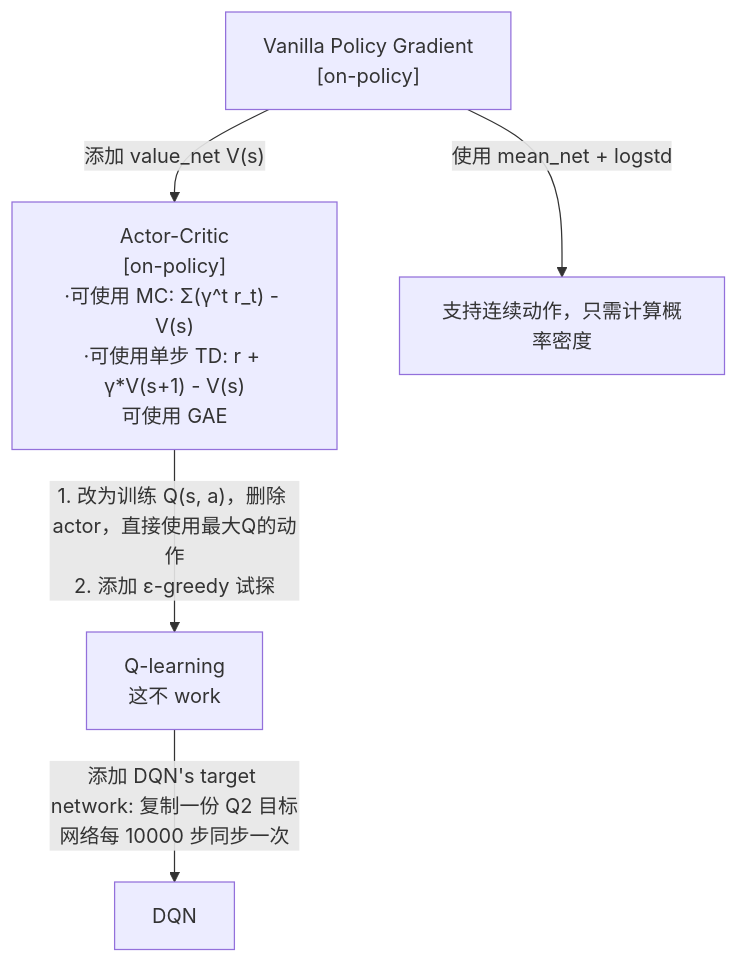
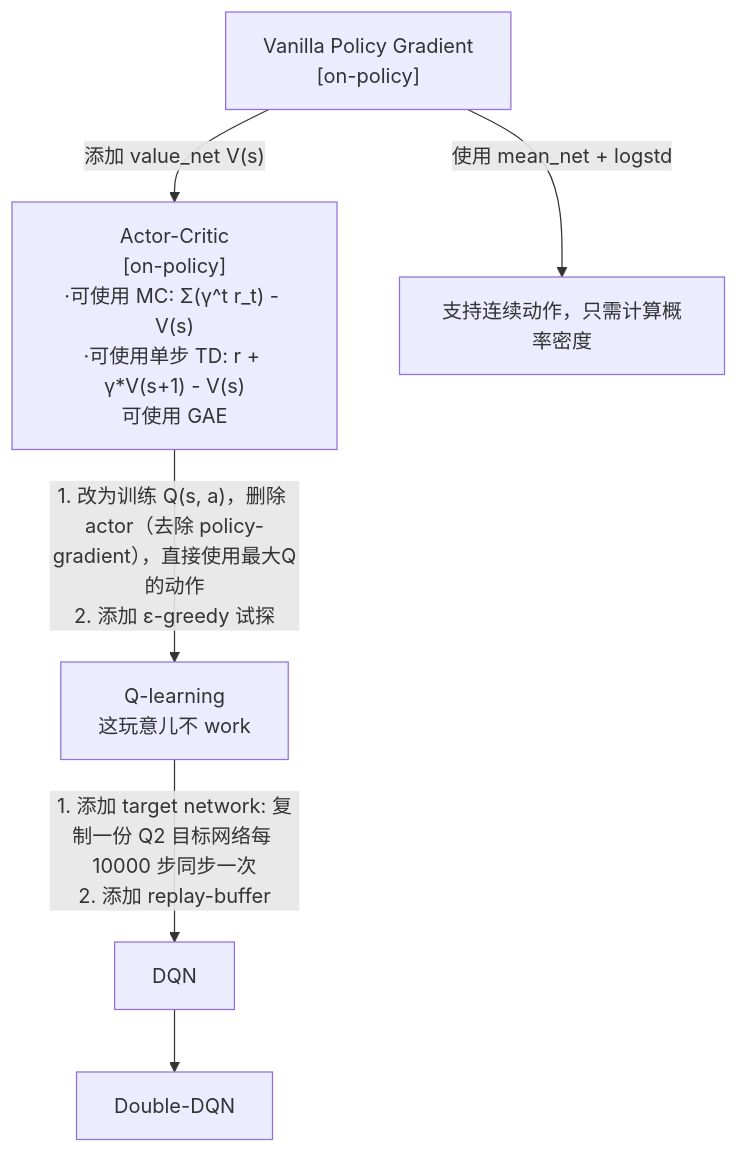
Before and after one commit to julyfun/how-to: the diagram in 技术学习/285/285-0.md, drawn with Mermaid.

Commit message:
M 技术学习/285/285-0.md

````diff
--- a/技术学习/285/285-0.md
+++ b/技术学习/285/285-0.md
@@ -11,8 +11,9 @@
 ```mermaid
 flowchart TD
     PG["Vanilla Policy Gradient<br>[on-policy]"] -->|"添加 value_net V(s)"| AC
     AC["Actor-Critic<br>[on-policy]<br>·可使用 MC: Σ(γ^t r_t) - V(s)<br>·可使用单步 TD: r + γ*V(s+1) - V(s)<br>可使用 GAE"]
     PG -->|使用 mean_net + logstd| cont[支持连续动作，只需计算概率密度]
-    AC -->|"1. 改为训练 Q(s, a)，删除 actor，直接使用最大Q的动作<br>2. 添加 ε-greedy 试探"| Q-learning["Q-learning<br>这不 work"]
-    Q-learning -->|"添加 DQN's target network: 复制一份 Q2 目标网络每 10000 步同步一次"| DQN
+    AC -->|"1. 改为训练 Q(s, a)，删除 actor（去除 policy-gradient），直接使用最大Q的动作<br>2. 添加 ε-greedy 试探"| Q-learning["Q-learning<br>这玩意儿不 work"]
+    Q-learning -->|"1. 添加 target network: 复制一份 Q2 目标网络每 10000 步同步一次<br>2. 添加 replay-buffer"| DQN
+    DQN --> Double-DQN
 ```
````
